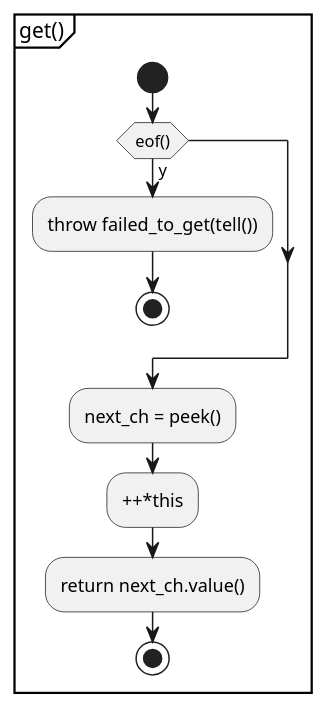
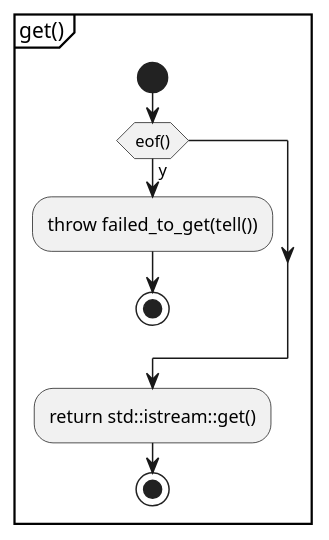
One commit to KodaiYM/PDFReader changed the third of 13 diagrams in document/document_reader/ipdfstream/object_stream/tokenizer/istream_extended/istream_extended.activity.pu. Above: the diagram before and after it, drawn with PlantUML. The commit also changed other lines of this file and 28 other files, not shown here.

```diff
--- a/document/document_reader/ipdfstream/object_stream/tokenizer/istream_extended/istream_extended.activity.pu
+++ b/document/document_reader/ipdfstream/object_stream/tokenizer/istream_extended/istream_extended.activity.pu
@@ -24,14 +24,12 @@
 @startuml get
 partition "get()" {
 start
 	if (eof()) then (y)
 		:throw failed_to_get(tell());
 		stop
 	endif
 
-	:next_ch = peek();
-	:++*this;
-	:return next_ch.value();
+	:return std::istream::get();
 stop
 }
 @enduml
```
